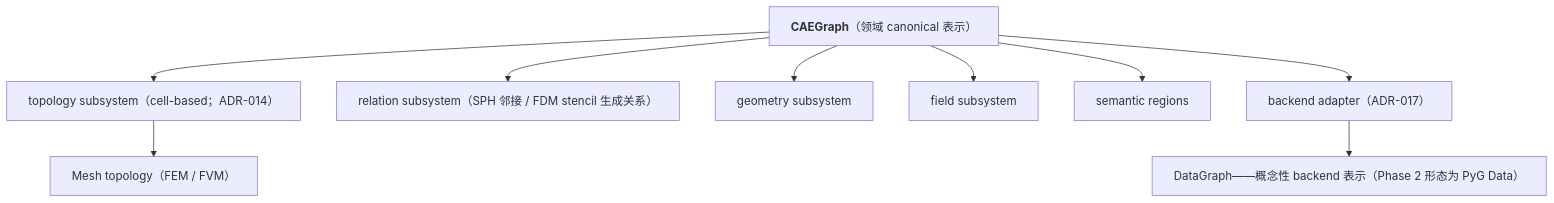
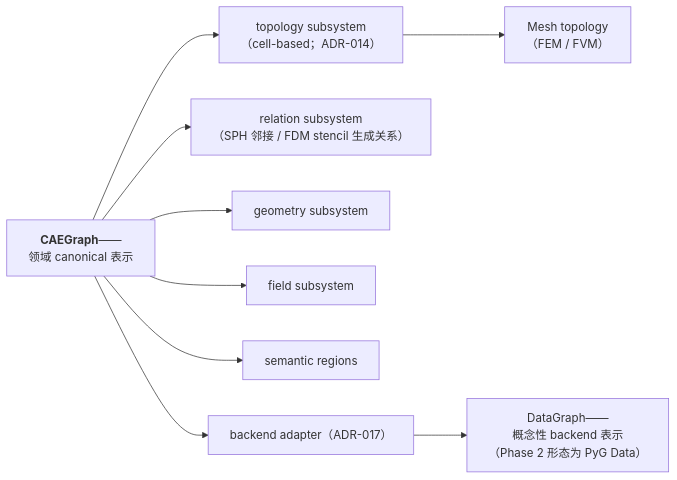
The diagram in docs/docs/architecture/overview.md (XYChouMian/caegraph), drawn with Mermaid before and after one commit. The commit also changed 2 other files, not shown here.

Commit message:
docs(architecture): wrap long mermaid labels and sync hierarchy diagrams

````diff
--- a/docs/docs/architecture/overview.md
+++ b/docs/docs/architecture/overview.md
@@ -35,14 +35,14 @@
 ```mermaid
-flowchart TD
-    C["<b>CAEGraph</b>（领域 canonical 表示）"]
-    C --> T["topology subsystem（cell-based；ADR-014）"]
-    T --> M["Mesh topology（FEM / FVM）"]
-    C --> R["relation subsystem（SPH 邻接 / FDM stencil 生成关系）"]
+flowchart LR
+    C["<b>CAEGraph</b>——<br>领域 canonical 表示"]
+    C --> T["topology subsystem<br>（cell-based；ADR-014）"]
+    T --> M["Mesh topology<br>（FEM / FVM）"]
+    C --> R["relation subsystem<br>（SPH 邻接 / FDM stencil 生成关系）"]
     C --> G["geometry subsystem"]
     C --> F["field subsystem"]
     C --> RG["semantic regions"]
     C --> A["backend adapter（ADR-017）"]
-    A --> DG["DataGraph——概念性 backend 表示（Phase 2 形态为 PyG Data）"]
+    A --> DG["DataGraph——<br>概念性 backend 表示<br>（Phase 2 形态为 PyG Data）"]
     classDef nowrap white-space:nowrap
     class C,T,M,R,G,F,RG,A,DG nowrap
 ```
````
